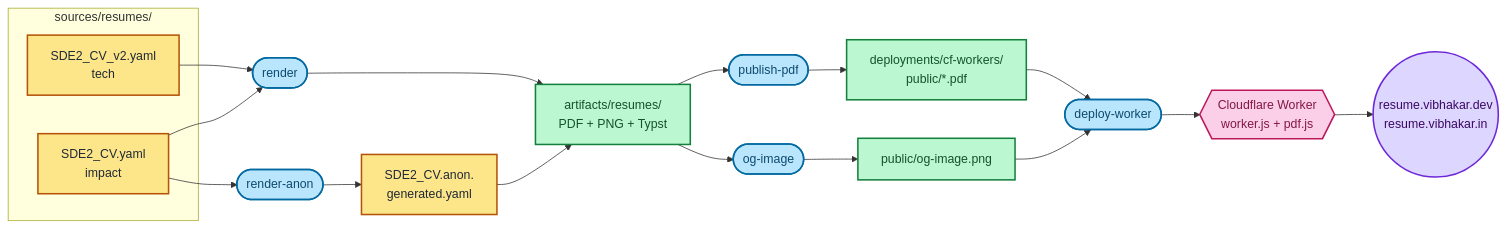
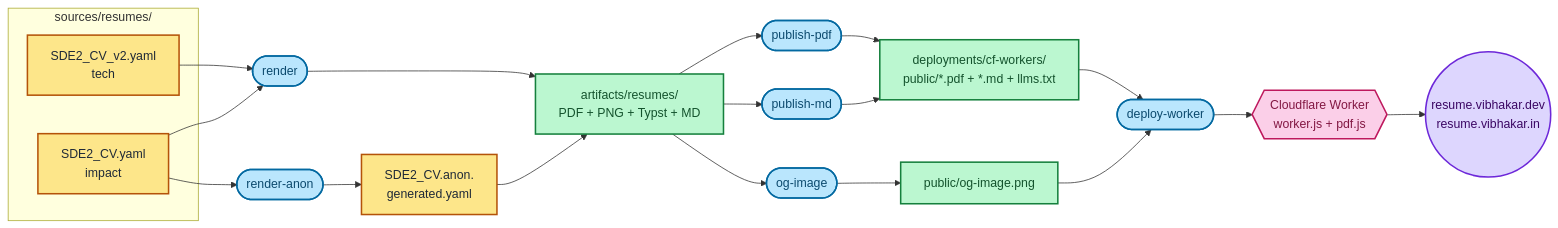
Before and after one commit to MagneticNeedle/Dossier: the diagram in README.md, drawn with Mermaid. The commit also changed other lines of this file and 11 other files, not shown here.

````diff
--- a/README.md
+++ b/README.md
@@ -11,37 +11,39 @@
 ```mermaid
 flowchart LR
     classDef source fill:#fde68a,stroke:#b45309,stroke-width:2px,color:#1f2937
     classDef stage  fill:#bae6fd,stroke:#0369a1,stroke-width:2px,color:#0c4a6e
     classDef artifact fill:#bbf7d0,stroke:#15803d,stroke-width:2px,color:#14532d
     classDef deploy fill:#fbcfe8,stroke:#be185d,stroke-width:2px,color:#831843
     classDef edge   fill:#ddd6fe,stroke:#6d28d9,stroke-width:2px,color:#3b0764
 
     subgraph S[sources/resumes/]
         TECH[SDE2_CV_v2.yaml<br/>tech]:::source
         IMPACT[SDE2_CV.yaml<br/>impact]:::source
     end
 
     R([render]):::stage
     RA([render-anon]):::stage
     PP([publish-pdf]):::stage
+    PM([publish-md]):::stage
     OG([og-image]):::stage
     DW([deploy-worker]):::stage
 
     ANON[SDE2_CV.anon.<br/>generated.yaml]:::source
-    PDFS[artifacts/resumes/<br/>PDF + PNG + Typst]:::artifact
-    PUB[deployments/cf-workers/<br/>public/*.pdf]:::artifact
+    PDFS[artifacts/resumes/<br/>PDF + PNG + Typst + MD]:::artifact
+    PUB[deployments/cf-workers/<br/>public/*.pdf + *.md + llms.txt]:::artifact
     OGIMG[public/og-image.png]:::artifact
 
     CF{{Cloudflare Worker<br/>worker.js + pdf.js}}:::deploy
     WEB((resume.vibhakar.dev<br/>resume.vibhakar.in)):::edge
 
     TECH --> R
     IMPACT --> R
     IMPACT --> RA --> ANON --> PDFS
     R --> PDFS
     PDFS --> PP --> PUB
+    PDFS --> PM --> PUB
     PDFS --> OG --> OGIMG
     PUB --> DW
     OGIMG --> DW
     DW --> CF --> WEB
 ```
````
